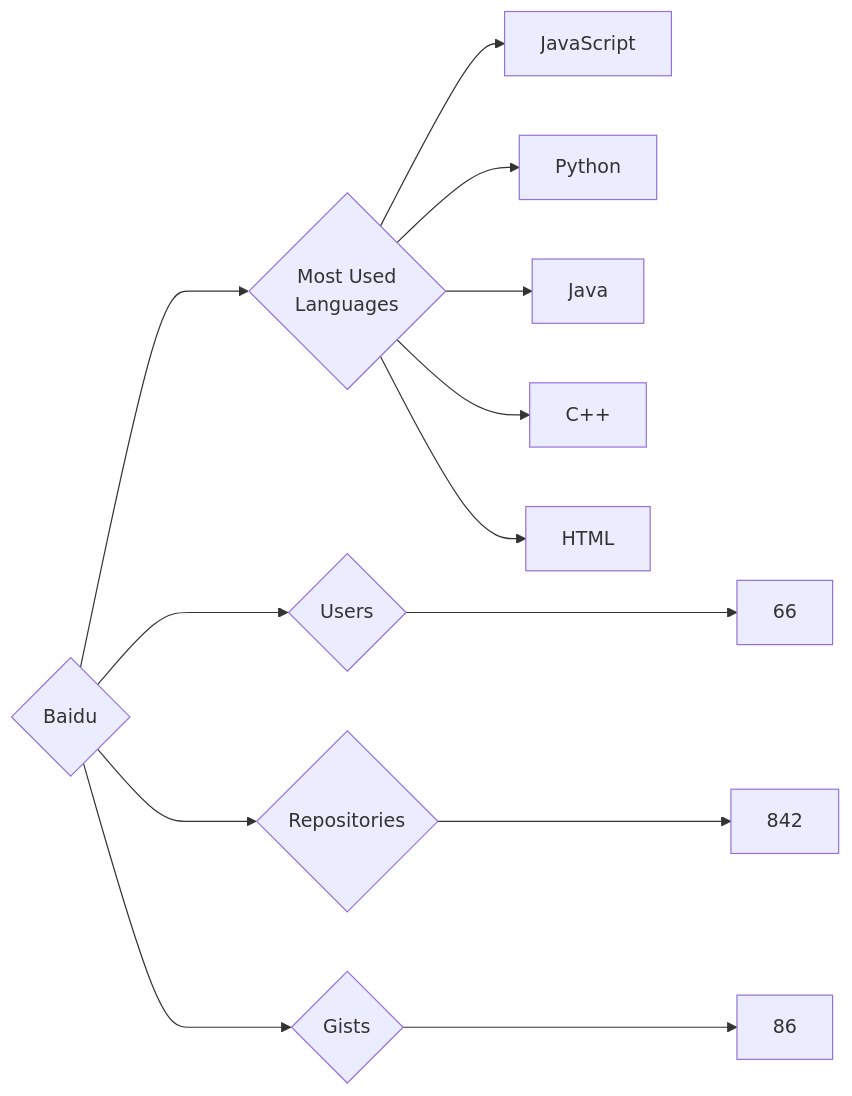
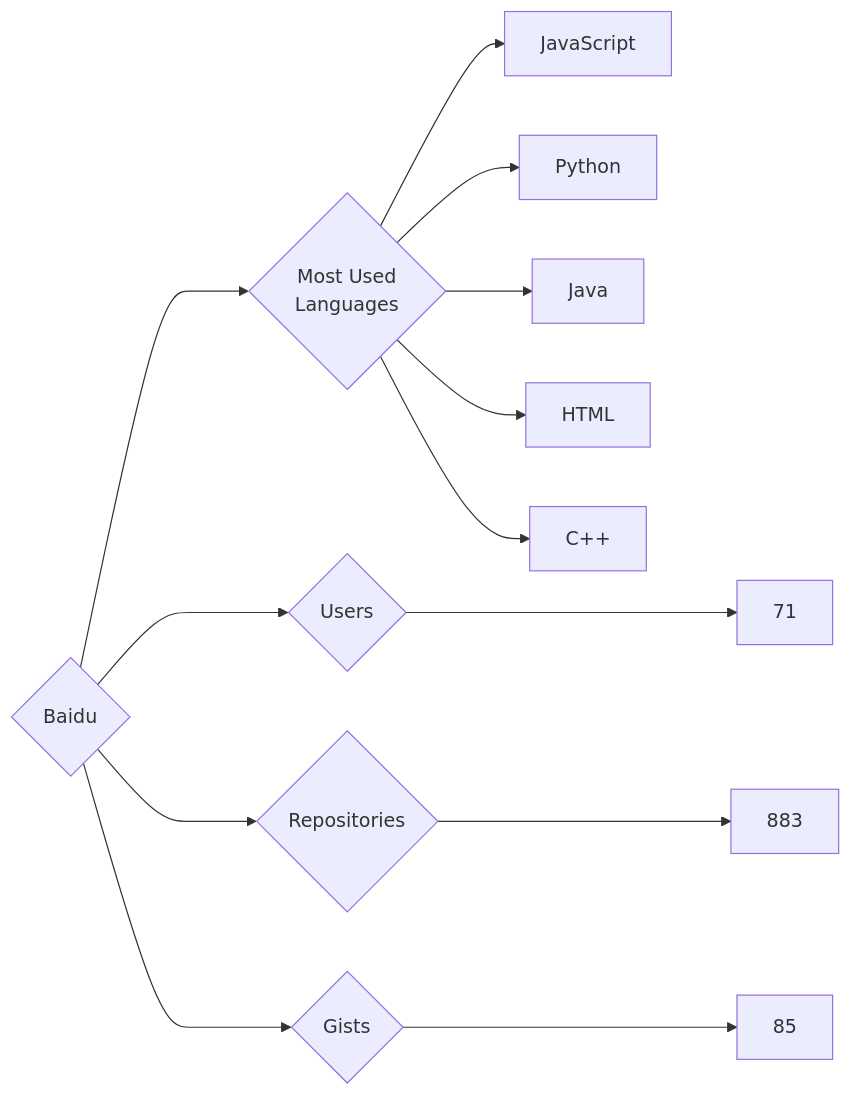
One commit to trickest/insiders changed the diagram in targets/Baidu/README.md. Above: the diagram before and after it, drawn with Mermaid. The commit also changed 1238 other files, not shown here.

````diff
--- a/targets/Baidu/README.md
+++ b/targets/Baidu/README.md
@@ -3,13 +3,13 @@
 ```mermaid
 graph LR
 COMPANY_NAME{Baidu}
-COMPANY_NAME ---> U{Users} ---> UN[66]
-COMPANY_NAME ---> R{Repositories} ---> RN[842]
-COMPANY_NAME ---> G{Gists} ---> GN[86]
+COMPANY_NAME ---> U{Users} ---> UN[71]
+COMPANY_NAME ---> R{Repositories} ---> RN[883]
+COMPANY_NAME ---> G{Gists} ---> GN[85]
 COMPANY_NAME ---> ML{Most Used<br>Languages}
 ML --> JavaScript[JavaScript]
 ML --> Python[Python]
 ML --> Java[Java]
+ML --> HTML[HTML]
 ML --> C++[C++]
-ML --> HTML[HTML]
 ```
````
